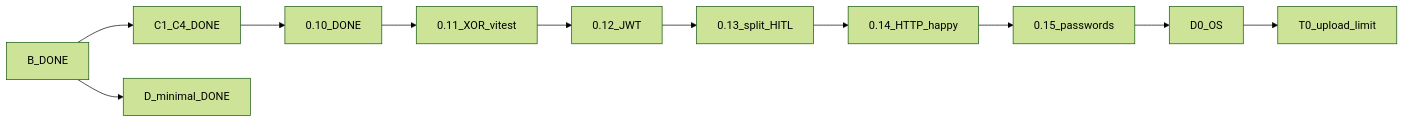
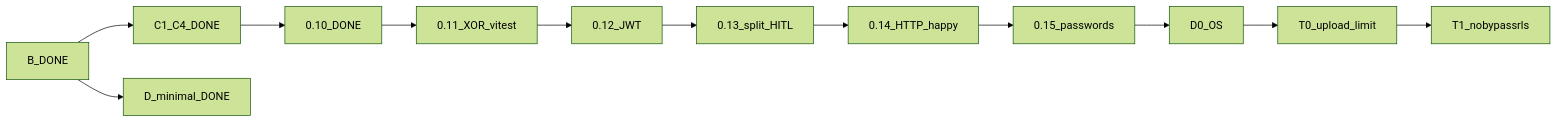
Before and after one commit to Spawn2018/OmniRoute: the diagram in docs/PLAN-REALIZACJA.md, drawn with Mermaid (forest theme). The commit also changed other lines of this file and 11 other files, not shown here.

````diff
--- a/docs/PLAN-REALIZACJA.md
+++ b/docs/PLAN-REALIZACJA.md
@@ -8,13 +8,14 @@
 ```mermaid
 flowchart LR
   doneB[B_DONE] --> doneC[C1_C4_DONE]
   doneC --> doneC5[0.10_DONE]
   doneC5 --> doneXor[0.11_XOR_vitest]
   doneXor --> doneJwt[0.12_JWT]
   doneJwt --> doneSplit[0.13_split_HITL]
   doneSplit --> doneHttp[0.14_HTTP_happy]
   doneHttp --> donePwd[0.15_passwords]
   donePwd --> doneD0[D0_OS]
-  doneD0 --> next[T0_upload_limit]
+  doneD0 --> doneT0[T0_upload_limit]
+  doneT0 --> next[T1_nobypassrls]
   doneB --> doneD[D_minimal_DONE]
 ```
````
